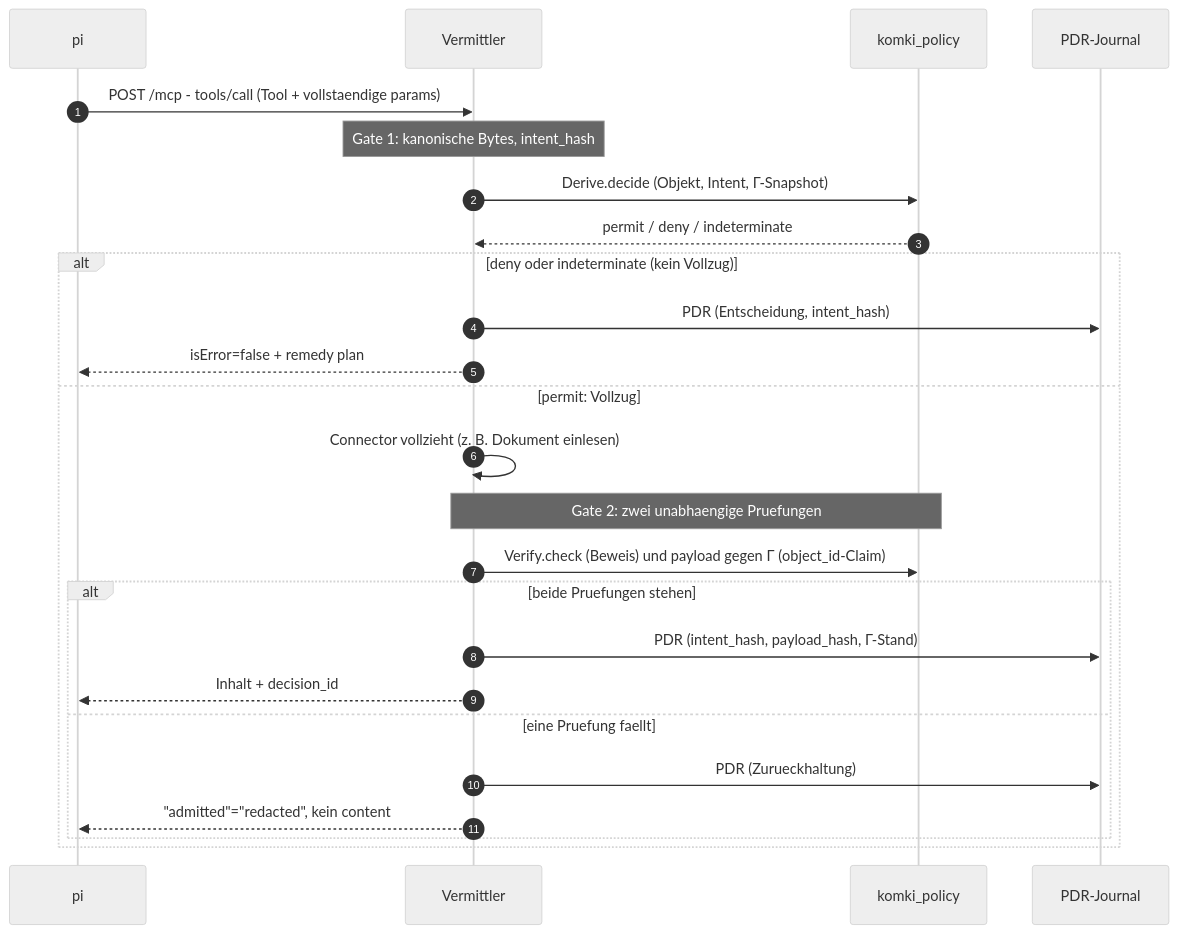
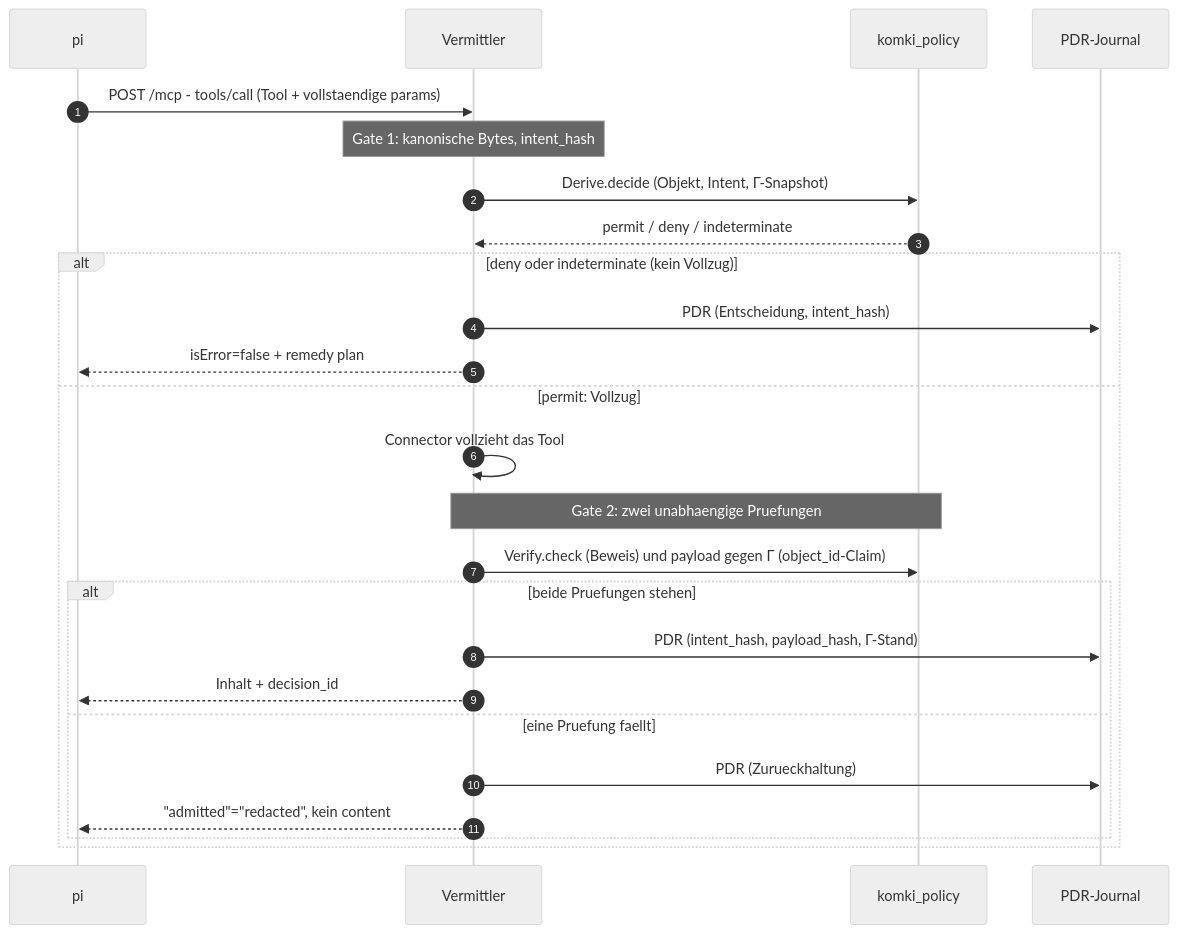
One commit to croesnick/kommunalpolitik_ki changed the second of 2 diagrams in apps/komki_mediator/README.md. Above: the diagram before and after it, drawn with Mermaid (neutral theme). The commit also changed other lines of this file, not shown here.

First line of the commit message:
docs(komki_mediator): Mermaid-Diagramme vision-geprueft optimieren (Ticket #102)

````diff
--- a/apps/komki_mediator/README.md
+++ b/apps/komki_mediator/README.md
@@ -81,29 +83,29 @@
 ```mermaid
 sequenceDiagram
     autonumber
     participant P as pi
     participant M as Vermittler
     participant K as komki_policy
     participant J as PDR-Journal
 
     P->>M: POST /mcp - tools/call (Tool + vollstaendige params)
     Note over M: Gate 1: kanonische Bytes, intent_hash
     M->>K: Derive.decide (Objekt, Intent, Γ-Snapshot)
     K-->>M: permit / deny / indeterminate
 
     alt deny oder indeterminate (kein Vollzug)
         M->>J: PDR (Entscheidung, intent_hash)
         M-->>P: isError=false + remedy plan
     else permit: Vollzug
-        M->>M: Connector vollzieht (z. B. Dokument einlesen)
+        M->>M: Connector vollzieht das Tool
         Note over M,K: Gate 2: zwei unabhaengige Pruefungen
         M->>K: Verify.check (Beweis) und payload gegen Γ (object_id-Claim)
         alt beide Pruefungen stehen
             M->>J: PDR (intent_hash, payload_hash, Γ-Stand)
             M-->>P: Inhalt + decision_id
         else eine Pruefung faellt
             M->>J: PDR (Zurueckhaltung)
             M-->>P: "admitted"="redacted", kein content
         end
     end
 ```
````
